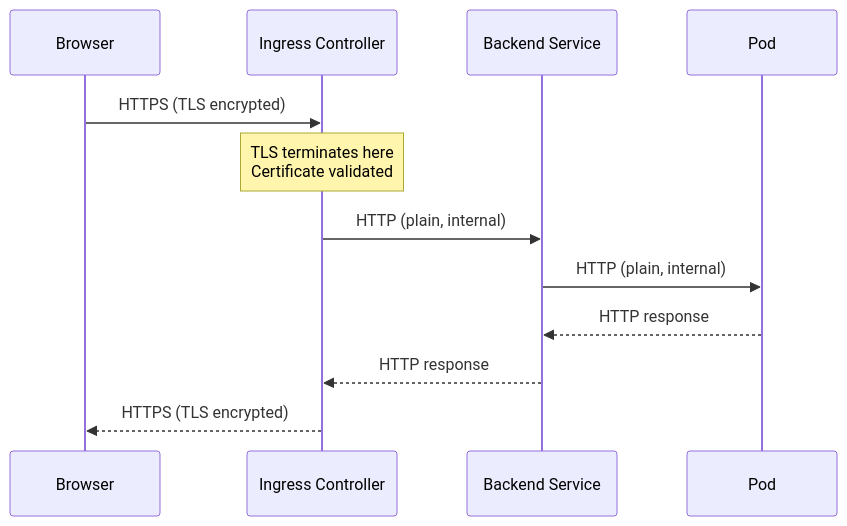
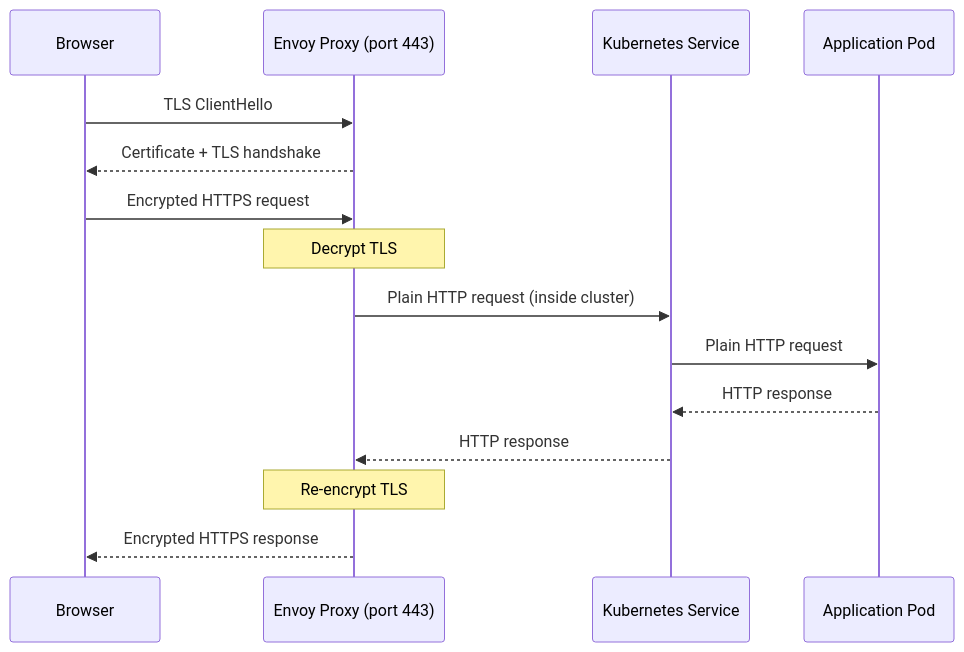
One commit to Antoine-Flo/kube-mastery changed the diagram in src/courses/modules/ingress/04-tls-termination/en/content.md. Above: the diagram before and after it, drawn with Mermaid. The commit also changed other lines of this file and 53 other files, not shown here.

````diff
--- a/src/courses/modules/ingress/04-tls-termination/en/content.md
+++ b/src/courses/modules/ingress/04-tls-termination/en/content.md
@@ -14,15 +18,18 @@
 ```mermaid
 sequenceDiagram
     participant Browser
-    participant IC as Ingress Controller
-    participant SVC as Backend Service
-    participant Pod
+    participant Envoy as Envoy Proxy (port 443)
+    participant SVC as Kubernetes Service
+    participant Pod as Application Pod
 
-    Browser->>IC: HTTPS (TLS encrypted)
-    Note over IC: TLS terminates here<br/>Certificate validated
-    IC->>SVC: HTTP (plain, internal)
-    SVC->>Pod: HTTP (plain, internal)
+    Browser->>Envoy: TLS ClientHello
+    Envoy-->>Browser: Certificate + TLS handshake
+    Browser->>Envoy: Encrypted HTTPS request
+    Note over Envoy: Decrypt TLS
+    Envoy->>SVC: Plain HTTP request (inside cluster)
+    SVC->>Pod: Plain HTTP request
     Pod-->>SVC: HTTP response
-    SVC-->>IC: HTTP response
-    IC-->>Browser: HTTPS (TLS encrypted)
+    SVC-->>Envoy: HTTP response
+    Note over Envoy: Re-encrypt TLS
+    Envoy-->>Browser: Encrypted HTTPS response
 ```
````
